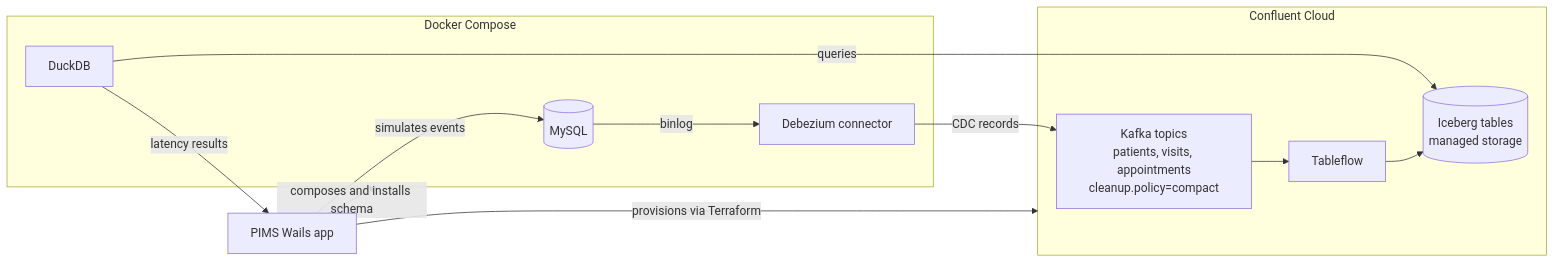
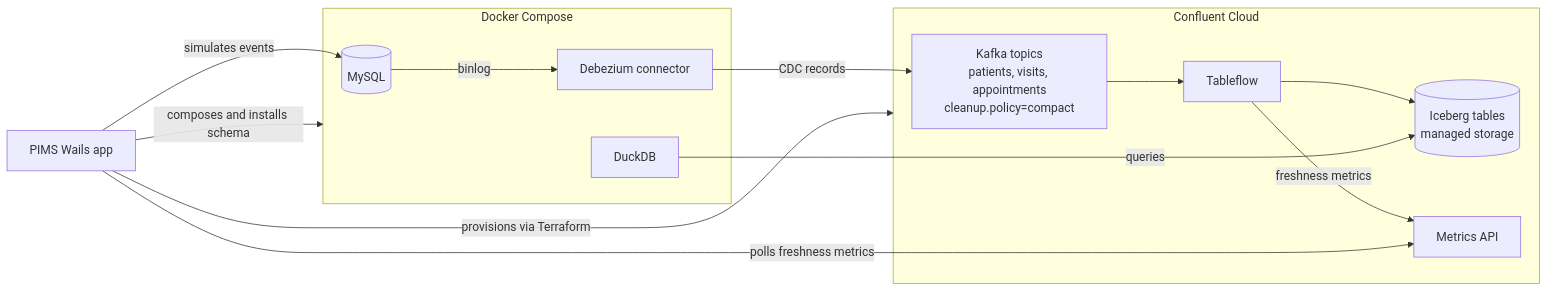
The diagram in demos/pims/docs/specs/scope.md (buddhike/bds-cflt-assets), drawn with Mermaid before and after one commit. The commit also changed other lines of this file and 20 other files, not shown here.

````diff
--- a/demos/pims/docs/specs/scope.md
+++ b/demos/pims/docs/specs/scope.md
@@ -18,23 +18,25 @@
 ```mermaid
 flowchart LR
     subgraph Local[Docker Compose]
         MySQL[(MySQL)]
         DBZ[Debezium connector]
         DuckDB[DuckDB]
     end
     subgraph CC[Confluent Cloud]
         Topics[Kafka topics<br/>patients, visits, appointments<br/>cleanup.policy=compact]
         TF[Tableflow]
         Iceberg[(Iceberg tables<br/>managed storage)]
+        Metrics[Metrics API]
     end
     App[PIMS Wails app]
 
     App -- provisions via Terraform --> CC
     App -- composes and installs schema --> Local
     App -- simulates events --> MySQL
     MySQL -- binlog --> DBZ
     DBZ -- CDC records --> Topics
     Topics --> TF --> Iceberg
     DuckDB -- queries --> Iceberg
-    DuckDB -- latency results --> App
+    TF -- freshness metrics --> Metrics
+    App -- polls freshness metrics --> Metrics
 ```
````
